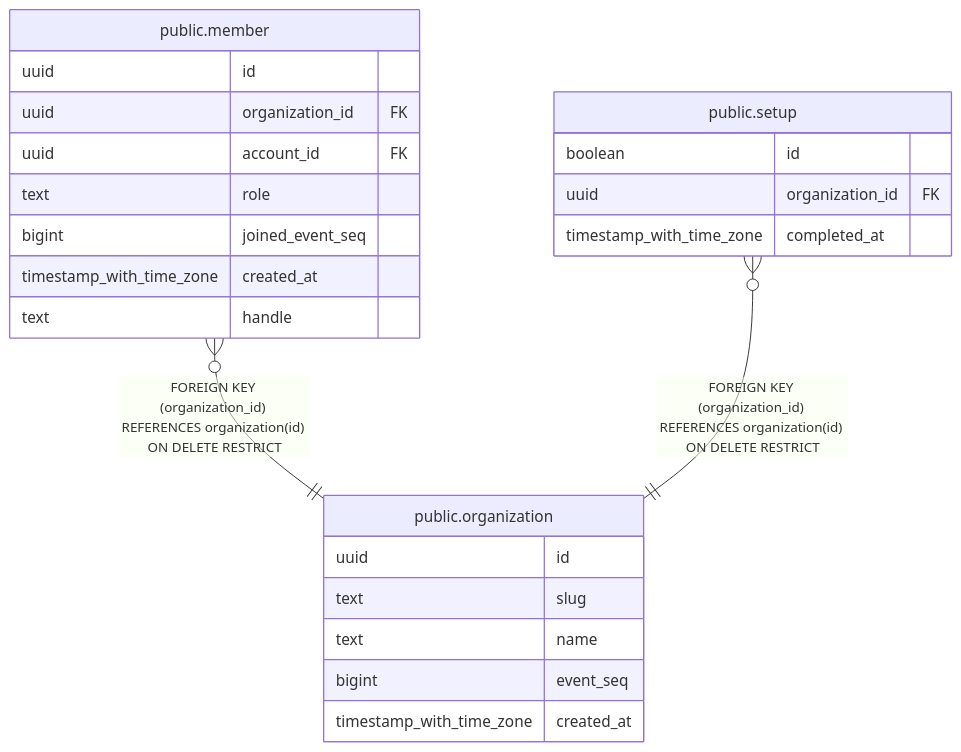
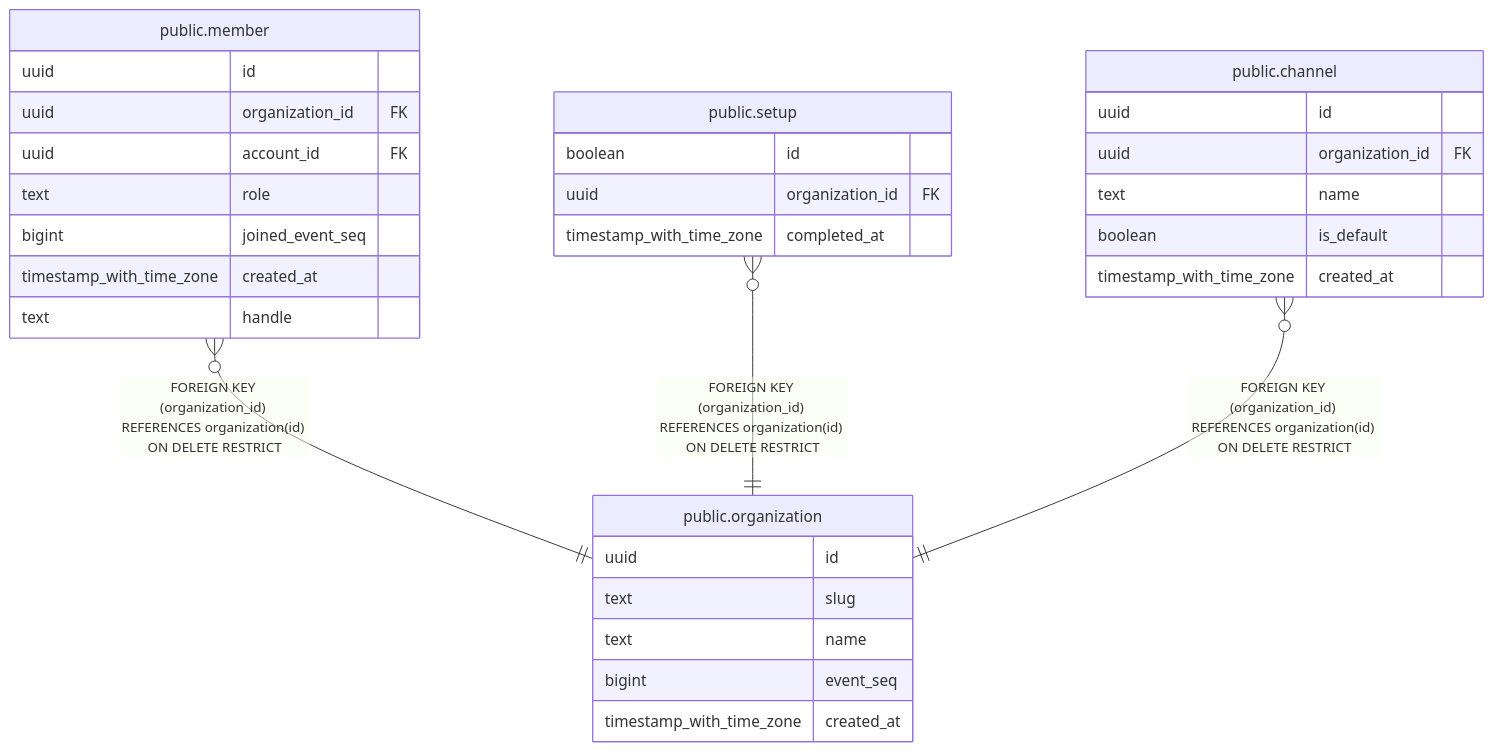
Before and after one commit to tkakkie/ribbitto: the diagram in docs/schema/public.organization.md, drawn with Mermaid. The commit also changed other lines of this file and 20 other files, not shown here.

First line of the commit message:
feat: add channel and message schema and validation

````diff
--- a/docs/schema/public.organization.md
+++ b/docs/schema/public.organization.md
@@ -37,28 +37,36 @@
 ```mermaid
 erDiagram
 
 "public.member" }o--|| "public.organization" : "FOREIGN KEY (organization_id) REFERENCES organization(id) ON DELETE RESTRICT"
 "public.setup" }o--|| "public.organization" : "FOREIGN KEY (organization_id) REFERENCES organization(id) ON DELETE RESTRICT"
+"public.channel" }o--|| "public.organization" : "FOREIGN KEY (organization_id) REFERENCES organization(id) ON DELETE RESTRICT"
 
 "public.organization" {
   uuid id
   text slug
   text name
   bigint event_seq
   timestamp_with_time_zone created_at
 }
 "public.member" {
   uuid id
   uuid organization_id FK
   uuid account_id FK
   text role
   bigint joined_event_seq
   timestamp_with_time_zone created_at
   text handle
 }
 "public.setup" {
   boolean id
   uuid organization_id FK
   timestamp_with_time_zone completed_at
 }
+"public.channel" {
+  uuid id
+  uuid organization_id FK
+  text name
+  boolean is_default
+  timestamp_with_time_zone created_at
+}
 ```
````
